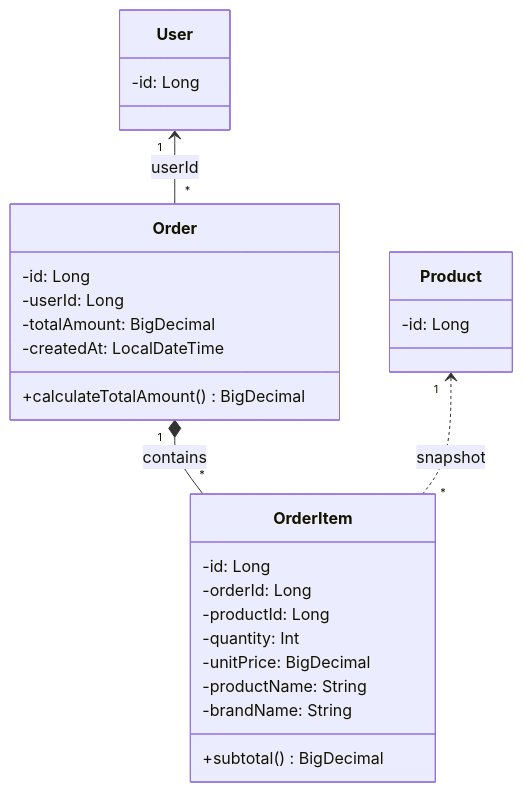
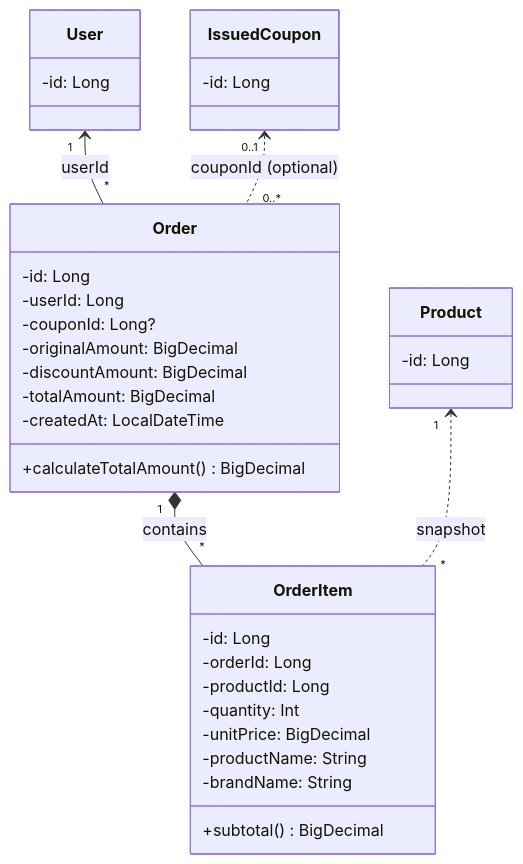
One commit to Loopers-dev-lab/loop-pack-be-l2-vol3-kotlin changed the sixth of 8 diagrams in docs/design/03-class-diagram.md. Above: the diagram before and after it, drawn with Mermaid. The commit also changed other lines of this file and 3 other files, not shown here.

````diff
--- a/docs/design/03-class-diagram.md
+++ b/docs/design/03-class-diagram.md
@@ -227,33 +240,41 @@
 ```mermaid
 classDiagram
     class Order {
         -id: Long
         -userId: Long
+        -couponId: Long?
+        -originalAmount: BigDecimal
+        -discountAmount: BigDecimal
         -totalAmount: BigDecimal
         -createdAt: LocalDateTime
         +calculateTotalAmount() BigDecimal
     }
 
     class OrderItem {
         -id: Long
         -orderId: Long
         -productId: Long
         -quantity: Int
         -unitPrice: BigDecimal
         -productName: String
         -brandName: String
         +subtotal() BigDecimal
     }
 
     class User {
         -id: Long
     }
 
     class Product {
         -id: Long
     }
 
+    class IssuedCoupon {
+        -id: Long
+    }
+
     User "1" <-- "*" Order : userId
     Order "1" *-- "*" OrderItem : contains
     Product "1" <.. "*" OrderItem : snapshot
+    IssuedCoupon "0..1" <.. "0..*" Order : couponId (optional)
 ```
````
